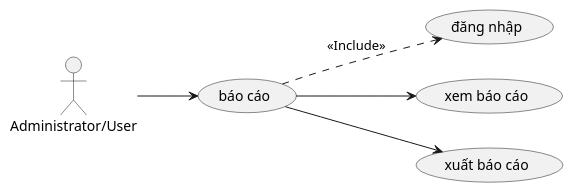
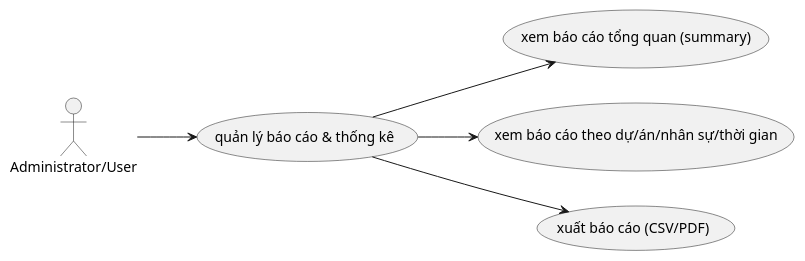
One commit to docuong039/worksphere changed the diagram in docs/use-cases/14_bao_cao_thong_ke.md. Above: the diagram before and after it, drawn with PlantUML. The commit also changed other lines of this file and 26 other files, not shown here.

Commit message:
update diagram

````diff
--- a/docs/use-cases/14_bao_cao_thong_ke.md
+++ b/docs/use-cases/14_bao_cao_thong_ke.md
@@ -5,21 +5,20 @@
 ```plantuml
 @startuml
 left to right direction
 actor "Administrator/User" as User
 
-usecase "đăng nhập" as UC_Login
-usecase "báo cáo" as UC_ManageReport
+usecase "quản lý báo cáo & thống kê" as UC_ManageReport
 
 ' Các use case con
-usecase "xem báo cáo" as UC01
-usecase "xuất báo cáo" as UC02
+usecase "xem báo cáo tổng quan (summary)" as UC01
+usecase "xem báo cáo theo dự/án/nhân sự/thời gian" as UC02
+usecase "xuất báo cáo (CSV/PDF)" as UC03
 
 User --> UC_ManageReport
 
 UC_ManageReport --> UC01
 UC_ManageReport --> UC02
-
-UC_ManageReport ..> UC_Login : <<Include>>
+UC_ManageReport --> UC03
 
 @enduml
 ```
````
